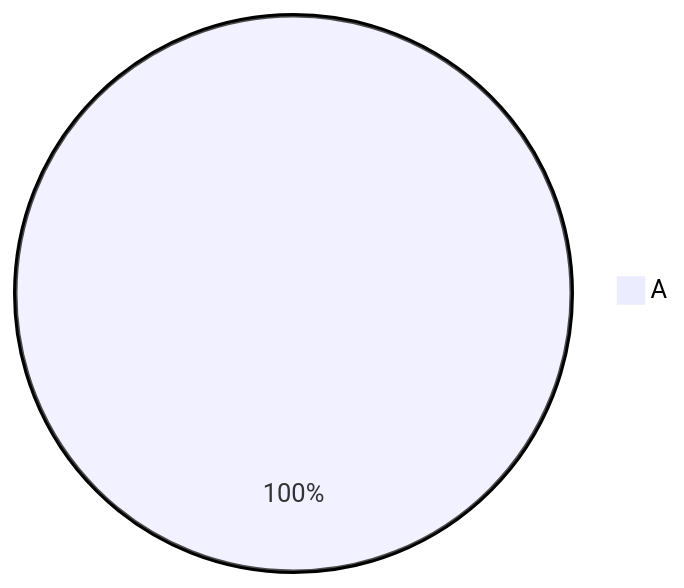
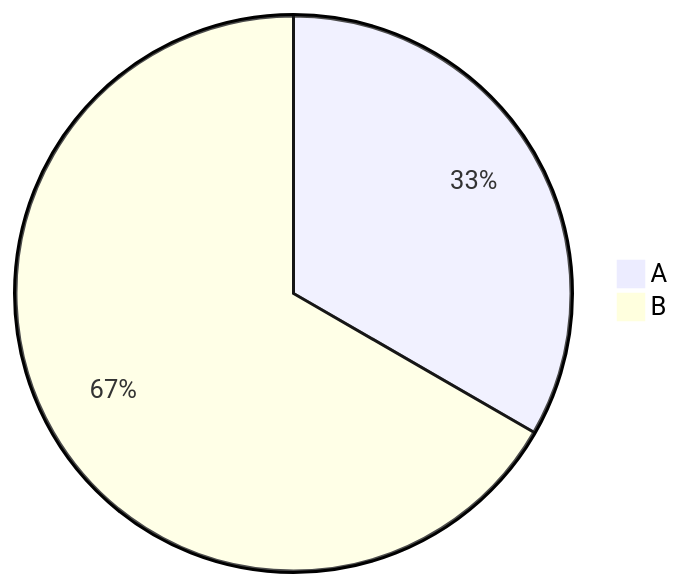
Before and after one commit to luna-park/Markdowntown: the third of 3 diagrams in examples/showcase.md, drawn with Mermaid. The commit also changed other lines of this file, not shown here.

Commit message:
showcase: fix caption and indentation of the diagram after a list

````diff
--- a/examples/showcase.md
+++ b/examples/showcase.md
@@ -153,4 +153,5 @@
 ```mermaid
-  pie
-      "A" : 1
-  ```
+pie
+    "A" : 1
+    "B" : 2
+```
````
